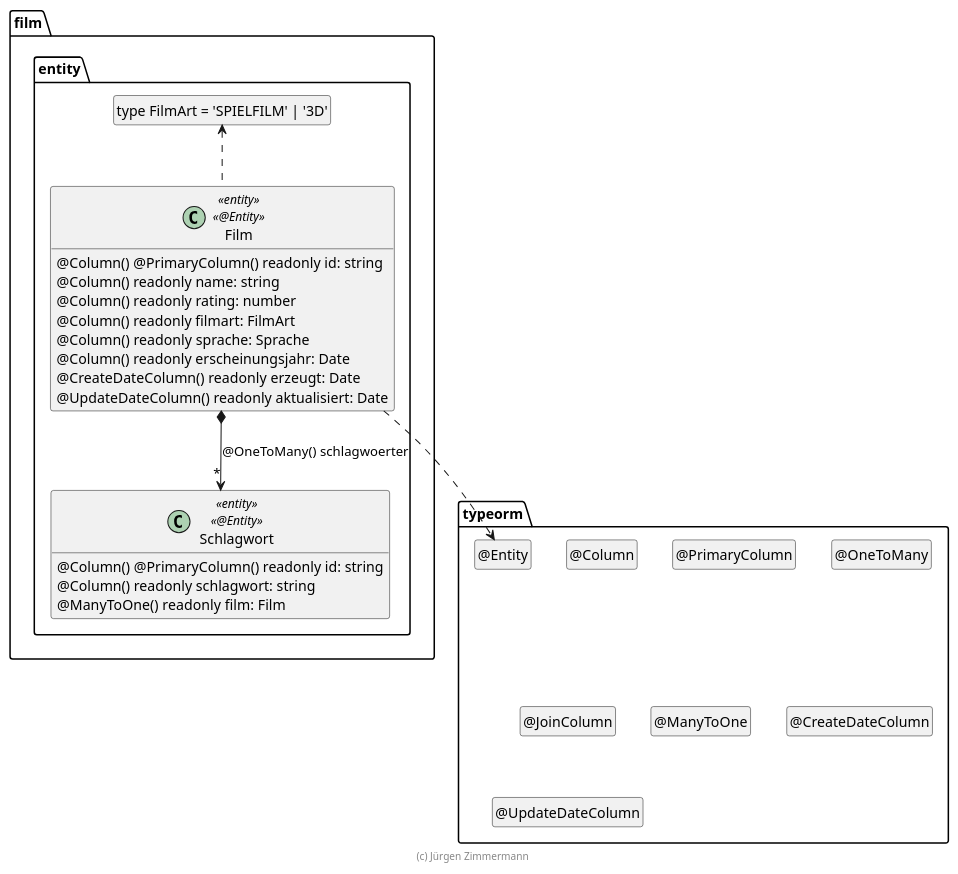
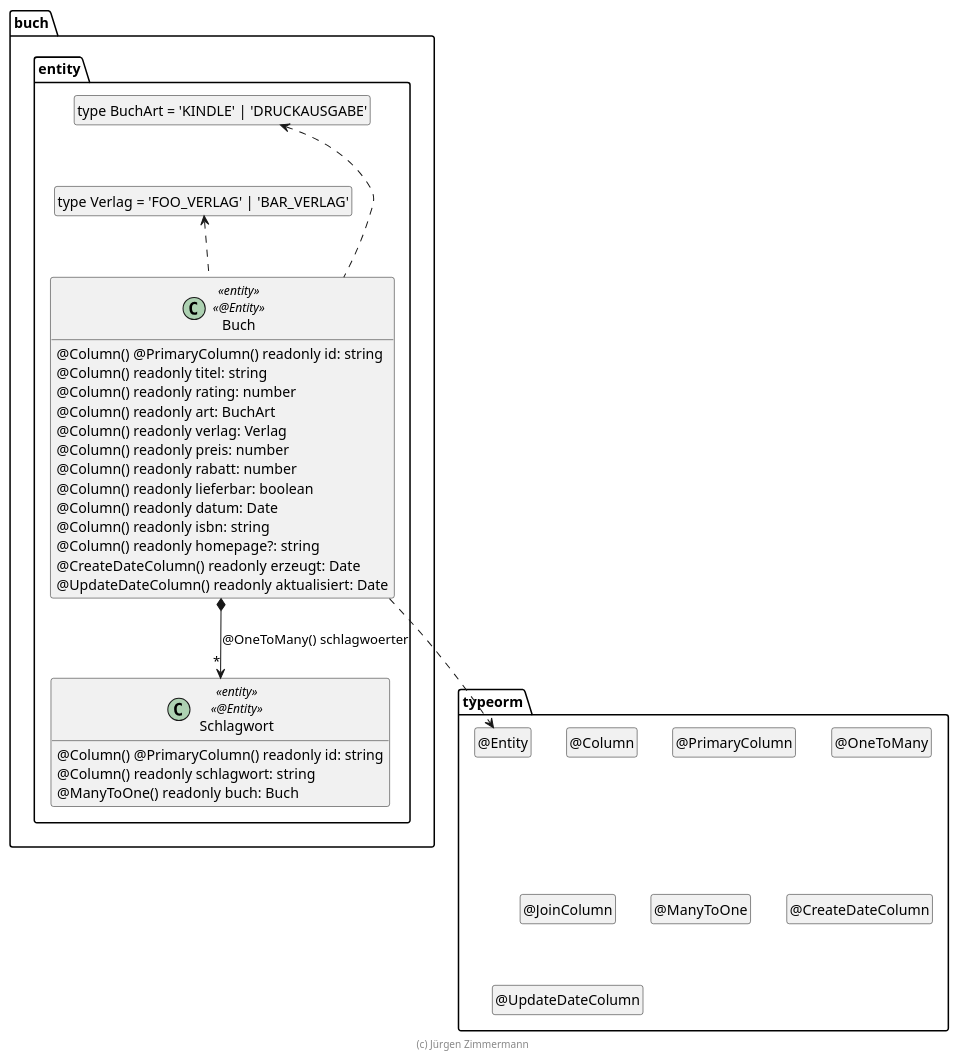
One commit to Yuszi/Film changed the diagram in .extras/doc/entwicklerhandbuch/Film.plantuml. Above: the diagram before and after it, drawn with PlantUML. The commit also changed 12 other files, not shown here.

```diff
--- a/.extras/doc/entwicklerhandbuch/Film.plantuml
+++ b/.extras/doc/entwicklerhandbuch/Film.plantuml
@@ -18,53 +18,63 @@
 @startuml Entity
 
 package typeorm {
   class "@Entity" as Entity
   hide Entity circle
   class "@Column" as Column
   hide Column circle
   class "@PrimaryColumn" as PrimaryColumn
   hide PrimaryColumn circle
   class "@OneToMany" as OneToMany
   hide OneToMany circle
   class "@JoinColumn" as JoinColumn
   hide JoinColumn circle
   class "@ManyToOne" as ManyToOne
   hide ManyToOne circle
   class "@CreateDateColumn" as CreateDateColumn
   hide CreateDateColumn circle
   class "@UpdateDateColumn" as UpdateDateColumn
   hide UpdateDateColumn circle
 }
 
-package film.entity {
-  class "type FilmArt = 'SPIELFILM' | '3D'" as FilmArt
-  hide FilmArt circle
+package buch.entity {
+  class "type BuchArt = 'KINDLE' | 'DRUCKAUSGABE'" as BuchArt
+  hide BuchArt circle
 
-  class Film <<entity>> <<@Entity>> {
+  class "type Verlag = 'FOO_VERLAG' | 'BAR_VERLAG'" as Verlag
+  hide Verlag circle
+
+  class Buch <<entity>> <<@Entity>> {
     @Column() @PrimaryColumn() readonly id: string
-    @Column() readonly name: string
+    @Column() readonly titel: string
     @Column() readonly rating: number
-    @Column() readonly filmart: FilmArt
-    @Column() readonly sprache: Sprache
-    @Column() readonly erscheinungsjahr: Date
+    @Column() readonly art: BuchArt
+    @Column() readonly verlag: Verlag
+    @Column() readonly preis: number
+    @Column() readonly rabatt: number
+    @Column() readonly lieferbar: boolean
+    @Column() readonly datum: Date
+    @Column() readonly isbn: string
+    @Column() readonly homepage?: string
     @CreateDateColumn() readonly erzeugt: Date
     @UpdateDateColumn() readonly aktualisiert: Date
   }
 
   class Schlagwort <<entity>> <<@Entity>> {
     @Column() @PrimaryColumn() readonly id: string
     @Column() readonly schlagwort: string
-    @ManyToOne() readonly film: Film
+    @ManyToOne() readonly buch: Buch
   }
 
-  Film ..> Entity
-  Film *--> "*" Schlagwort : @OneToMany() schlagwoerter
-  Film .up.> FilmArt
+  Buch ..> Entity
+  Buch *--> "*" Schlagwort : @OneToMany() schlagwoerter
+  Buch .up.> BuchArt
+  Buch .up.> Verlag
 
+  BuchArt .[hidden].> Verlag
 }
 
 hide empty members
 
 footer (c) Jürgen Zimmermann
 
 @enduml
```
